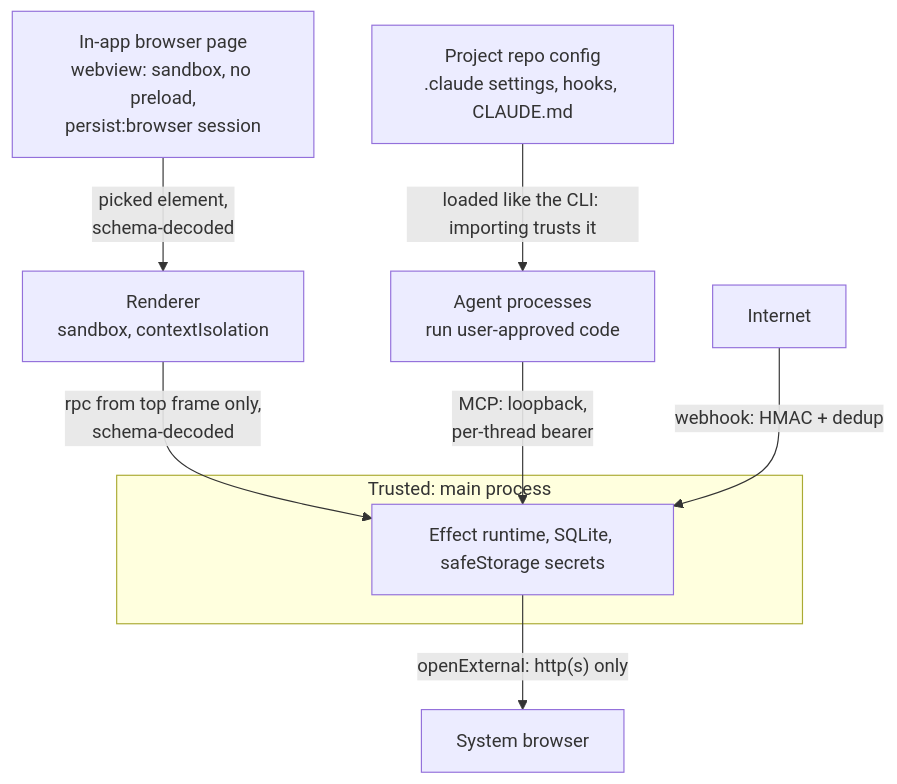
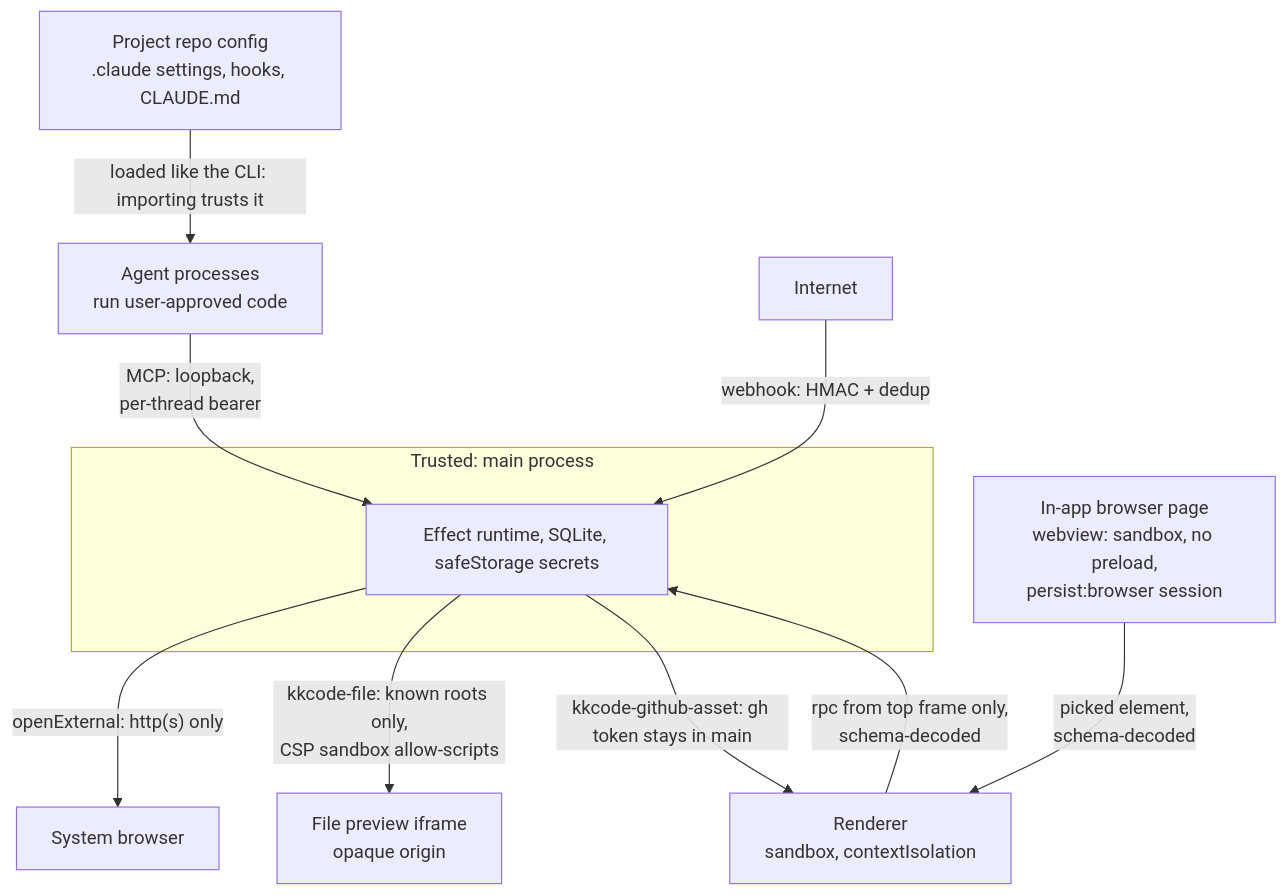
Diagram 16 of 16 in docs/arch.md (hinadev-ai/hinacode), drawn with Mermaid before and after one commit. The commit also changed other lines of this file and 14 other files, not shown here.

````diff
--- a/docs/arch.md
+++ b/docs/arch.md
@@ -469,12 +469,14 @@
 ```mermaid
 flowchart TB
   subgraph trusted["Trusted: main process"]
     main["Effect runtime, SQLite, safeStorage secrets"]
   end
   renderer["Renderer<br/>sandbox, contextIsolation"] -- "rpc from top frame only,<br/>schema-decoded" --> main
   agents["Agent processes<br/>run user-approved code"] -- "MCP: loopback,<br/>per-thread bearer" --> main
   net["Internet"] -- "webhook: HMAC + dedup" --> main
   main -- "openExternal: http(s) only" --> browser["System browser"]
   page["In-app browser page<br/>webview: sandbox, no preload,<br/>persist:browser session"] -- "picked element,<br/>schema-decoded" --> renderer
   repo["Project repo config<br/>.claude settings, hooks, CLAUDE.md"] -- "loaded like the CLI: importing trusts it" --> agents
+  main -- "kkcode-file: known roots only,<br/>CSP sandbox allow-scripts" --> preview["File preview iframe<br/>opaque origin"]
+  main -- "kkcode-github-asset: gh token stays in main" --> renderer
 ```
````
